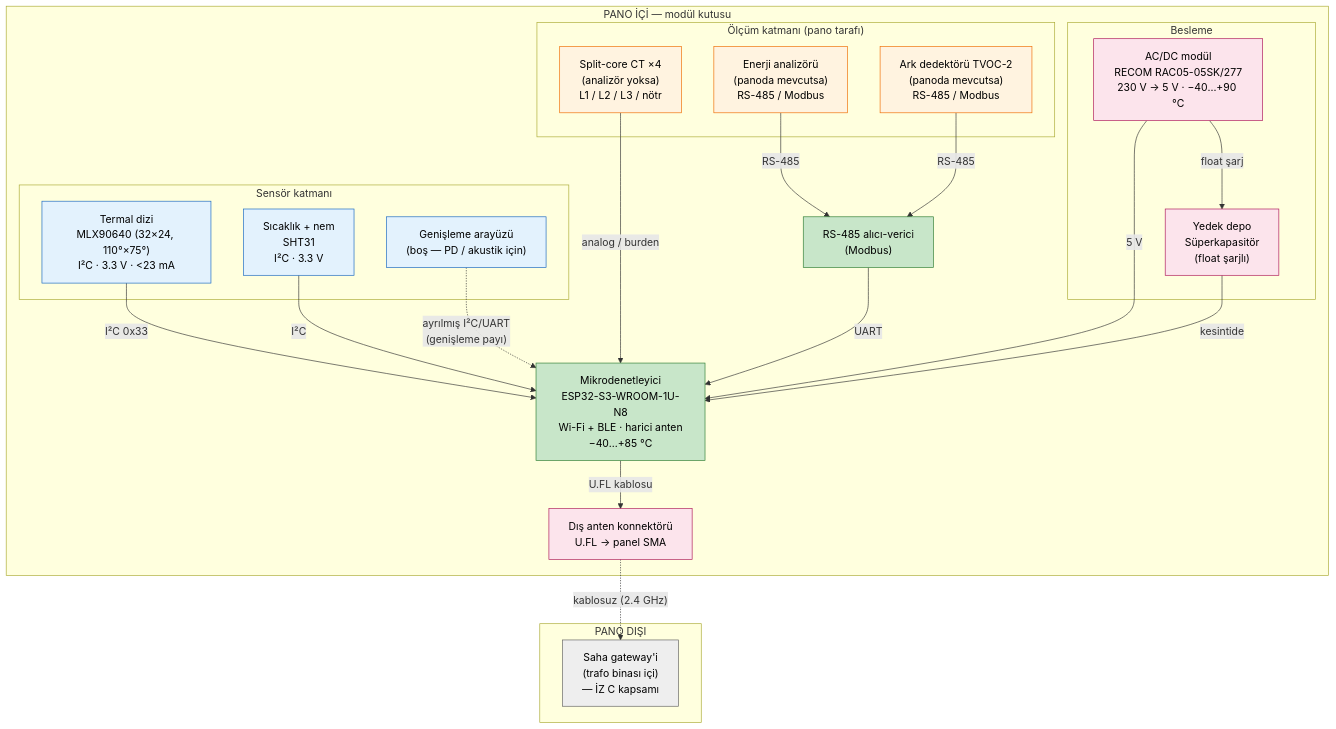
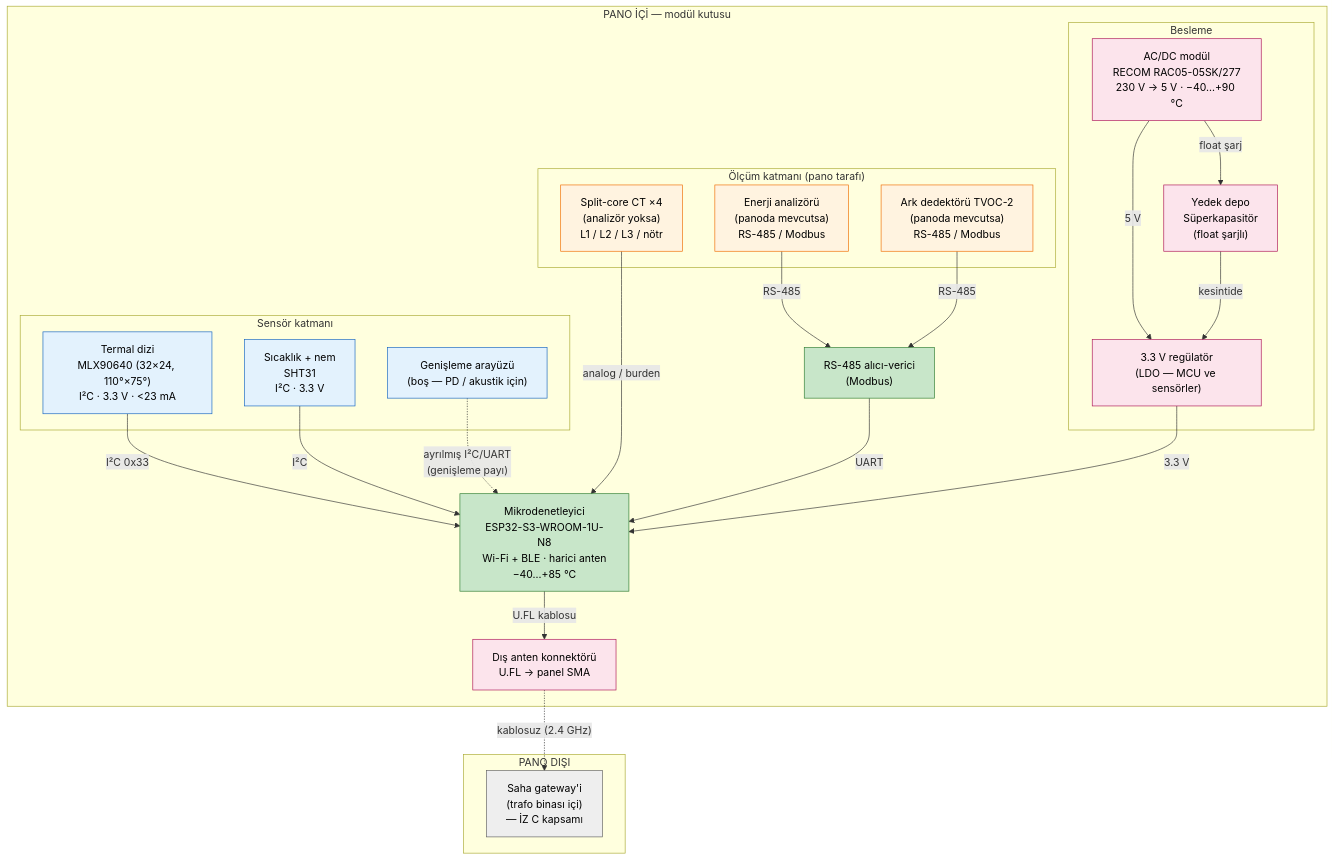
Before and after one commit to LogiAI-Marmara/Grid-Up-Hackathon: the diagram in docs/track-a/01-blok-sema.md, drawn with Mermaid. The commit also changed 1 other file, not shown here.

Commit message:
İZ A: Mermaid diyagramlarını kod ve BOM ile hizala

````diff
--- a/docs/track-a/01-blok-sema.md
+++ b/docs/track-a/01-blok-sema.md
@@ -11,56 +11,58 @@
 ```mermaid
 flowchart TB
     subgraph PANO["PANO İÇİ — modül kutusu"]
         subgraph SENSOR["Sensör katmanı"]
             T["Termal dizi<br/>MLX90640 (32×24, 110°×75°)<br/>I²C · 3.3 V · &lt;23 mA"]
             TH["Sıcaklık + nem<br/>SHT31<br/>I²C · 3.3 V"]
             EXT["Genişleme arayüzü<br/>(boş — PD / akustik için)"]
         end
 
         subgraph OLCUM["Ölçüm katmanı (pano tarafı)"]
             AN["Enerji analizörü<br/>(panoda mevcutsa)<br/>RS-485 / Modbus"]
             CT["Split-core CT ×4<br/>(analizör yoksa)<br/>L1 / L2 / L3 / nötr"]
             ARC["Ark dedektörü TVOC-2<br/>(panoda mevcutsa)<br/>RS-485 / Modbus"]
         end
 
         MCU["Mikrodenetleyici<br/>ESP32-S3-WROOM-1U-N8<br/>Wi-Fi + BLE · harici anten<br/>−40…+85 °C"]
         RX["RS-485 alıcı-verici<br/>(Modbus)"]
 
         subgraph GUC["Besleme"]
             PSU["AC/DC modül<br/>RECOM RAC05-05SK/277<br/>230 V → 5 V · −40…+90 °C"]
             SC["Yedek depo<br/>Süperkapasitör<br/>(float şarjlı)"]
+            LDO["3.3 V regülatör<br/>(LDO — MCU ve sensörler)"]
         end
 
         ANT["Dış anten konnektörü<br/>U.FL → panel SMA"]
     end
 
     subgraph DISI["PANO DIŞI"]
         GWA["Saha gateway'i<br/>(trafo binası içi)<br/>— İZ C kapsamı"]
     end
 
     T -->|"I²C 0x33"| MCU
     TH -->|"I²C"| MCU
     EXT -.->|"ayrılmış I²C/UART<br/>(genişleme payı)"| MCU
     AN -->|"RS-485"| RX
     ARC -->|"RS-485"| RX
     CT -->|"analog / burden"| MCU
     RX -->|"UART"| MCU
 
-    PSU -->|"5 V"| MCU
+    PSU -->|"5 V"| LDO
     PSU -->|"float şarj"| SC
-    SC -->|"kesintide"| MCU
+    SC -->|"kesintide"| LDO
+    LDO -->|"3.3 V"| MCU
 
     MCU -->|"U.FL kablosu"| ANT
     ANT -.->|"kablosuz (2.4 GHz)"| GWA
 
     classDef sensor fill:#e3f2fd,stroke:#1565c0,color:#000
     classDef olcum fill:#fff3e0,stroke:#ef6c00,color:#000
     classDef mcu fill:#c8e6c9,stroke:#2e7d32,color:#000
     classDef guc fill:#fce4ec,stroke:#ad1457,color:#000
     classDef disi fill:#eeeeee,stroke:#616161,color:#000
     class T,TH,EXT sensor
     class AN,CT,ARC olcum
     class MCU,RX mcu
-    class PSU,SC,ANT guc
+    class PSU,SC,LDO,ANT guc
     class GWA disi
 ```
````
